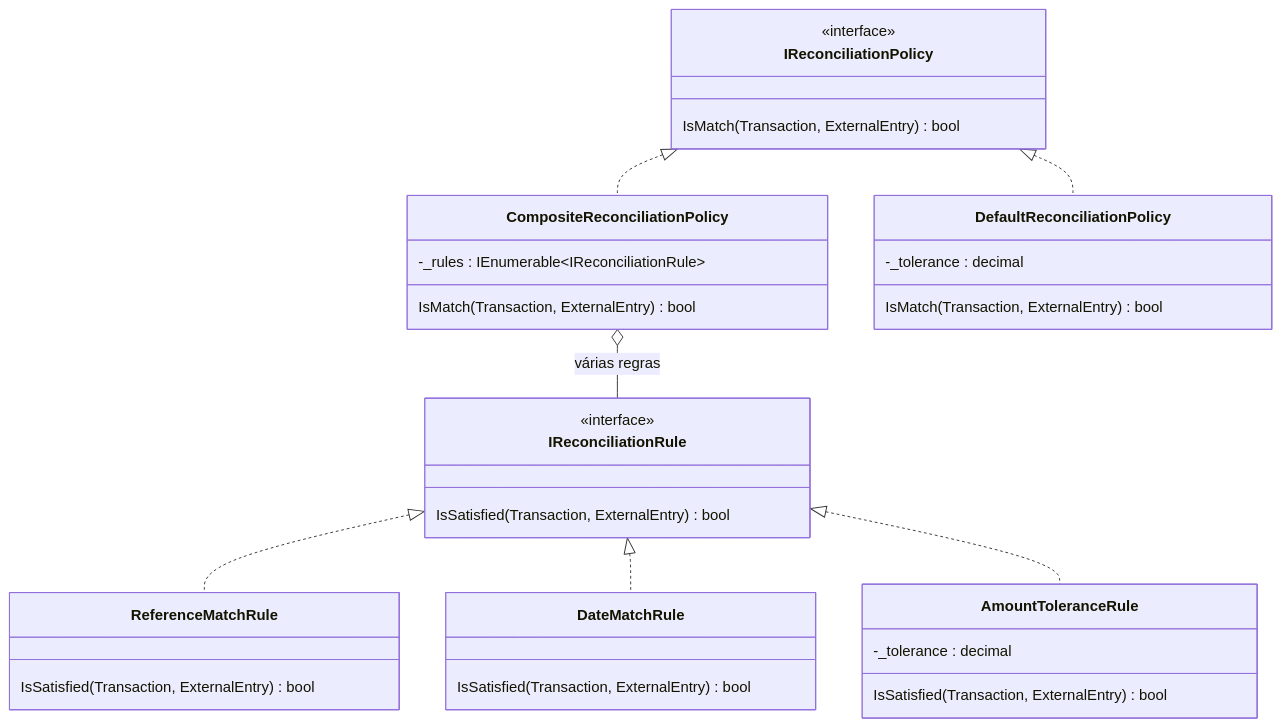
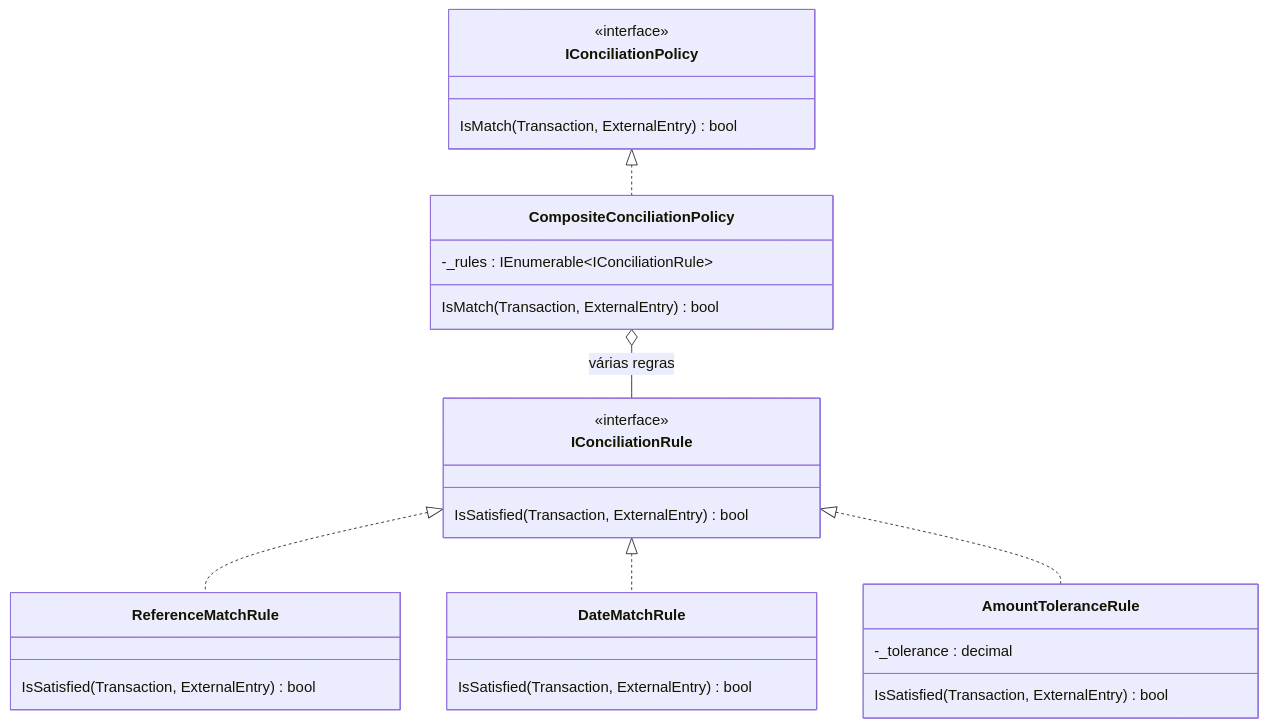
The second of 3 diagrams in docs/ARQUITETURA-E-FLUXO-CONCILIACAO.md (awernek/Conciliacao), drawn with Mermaid before and after one commit. The commit also changed other lines of this file and 22 other files, not shown here.

````diff
--- a/docs/ARQUITETURA-E-FLUXO-CONCILIACAO.md
+++ b/docs/ARQUITETURA-E-FLUXO-CONCILIACAO.md
@@ -311,36 +311,30 @@
 ```mermaid
 classDiagram
-    class IReconciliationPolicy {
+    class IConciliationPolicy {
         <<interface>>
         IsMatch(Transaction, ExternalEntry) bool
     }
-    class IReconciliationRule {
+    class IConciliationRule {
         <<interface>>
         IsSatisfied(Transaction, ExternalEntry) bool
     }
-    class CompositeReconciliationPolicy {
-        -_rules : IEnumerable~IReconciliationRule~
+    class CompositeConciliationPolicy {
+        -_rules : IEnumerable~IConciliationRule~
         IsMatch(Transaction, ExternalEntry) bool
     }
     class ReferenceMatchRule {
         IsSatisfied(Transaction, ExternalEntry) bool
     }
     class DateMatchRule {
         IsSatisfied(Transaction, ExternalEntry) bool
     }
     class AmountToleranceRule {
         -_tolerance : decimal
         IsSatisfied(Transaction, ExternalEntry) bool
     }
-    class DefaultReconciliationPolicy {
-        -_tolerance : decimal
-        IsMatch(Transaction, ExternalEntry) bool
-    }
-
-    IReconciliationPolicy <|.. CompositeReconciliationPolicy
-    IReconciliationPolicy <|.. DefaultReconciliationPolicy
-    CompositeReconciliationPolicy o-- IReconciliationRule : várias regras
-    IReconciliationRule <|.. ReferenceMatchRule
-    IReconciliationRule <|.. DateMatchRule
-    IReconciliationRule <|.. AmountToleranceRule
+    IConciliationPolicy <|.. CompositeConciliationPolicy
+    CompositeConciliationPolicy o-- IConciliationRule : várias regras
+    IConciliationRule <|.. ReferenceMatchRule
+    IConciliationRule <|.. DateMatchRule
+    IConciliationRule <|.. AmountToleranceRule
 ```
````
